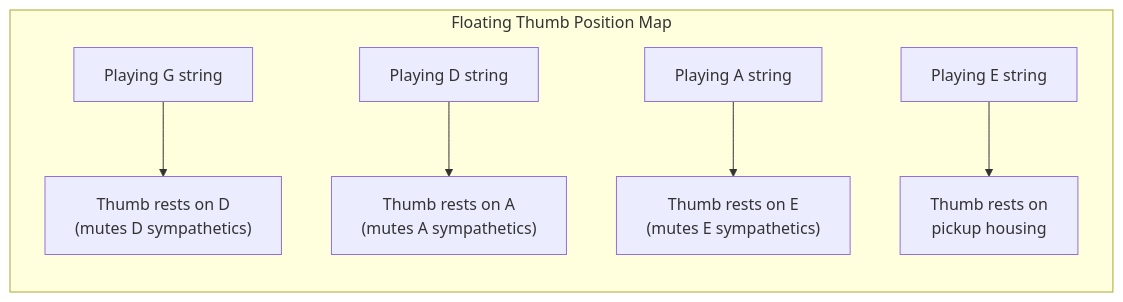
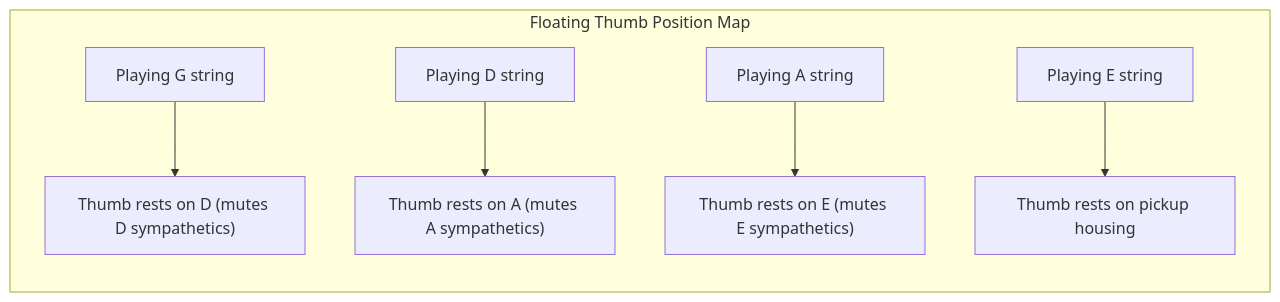
One commit to blebleblee/synapse changed the second of 5 diagrams in topics/arts/music_performance/bass_guitar/labs.md. Above: the diagram before and after it, drawn with Mermaid. The commit also changed other lines of this file and 1464 other files, not shown here.

Commit message:
feat(release): curriculum vector mermaid upgrade, render hardening, and master synpack

````diff
--- a/topics/arts/music_performance/bass_guitar/labs.md
+++ b/topics/arts/music_performance/bass_guitar/labs.md
@@ -227,9 +227,9 @@
 ```mermaid
 graph LR
     subgraph sub_floating ["Floating Thumb Position Map"]
-        A["Playing G string"] --> B["Thumb rests on D\n(mutes D sympathetics)"]
-        C["Playing D string"] --> D["Thumb rests on A\n(mutes A sympathetics)"]
-        E["Playing A string"] --> F["Thumb rests on E\n(mutes E sympathetics)"]
-        G["Playing E string"] --> H["Thumb rests on\npickup housing"]
+        A["Playing G string"] --> B["Thumb rests on D (mutes D sympathetics)"]
+        C["Playing D string"] --> D["Thumb rests on A (mutes A sympathetics)"]
+        E["Playing A string"] --> F["Thumb rests on E (mutes E sympathetics)"]
+        G["Playing E string"] --> H["Thumb rests on pickup housing"]
     end
 ```
````
